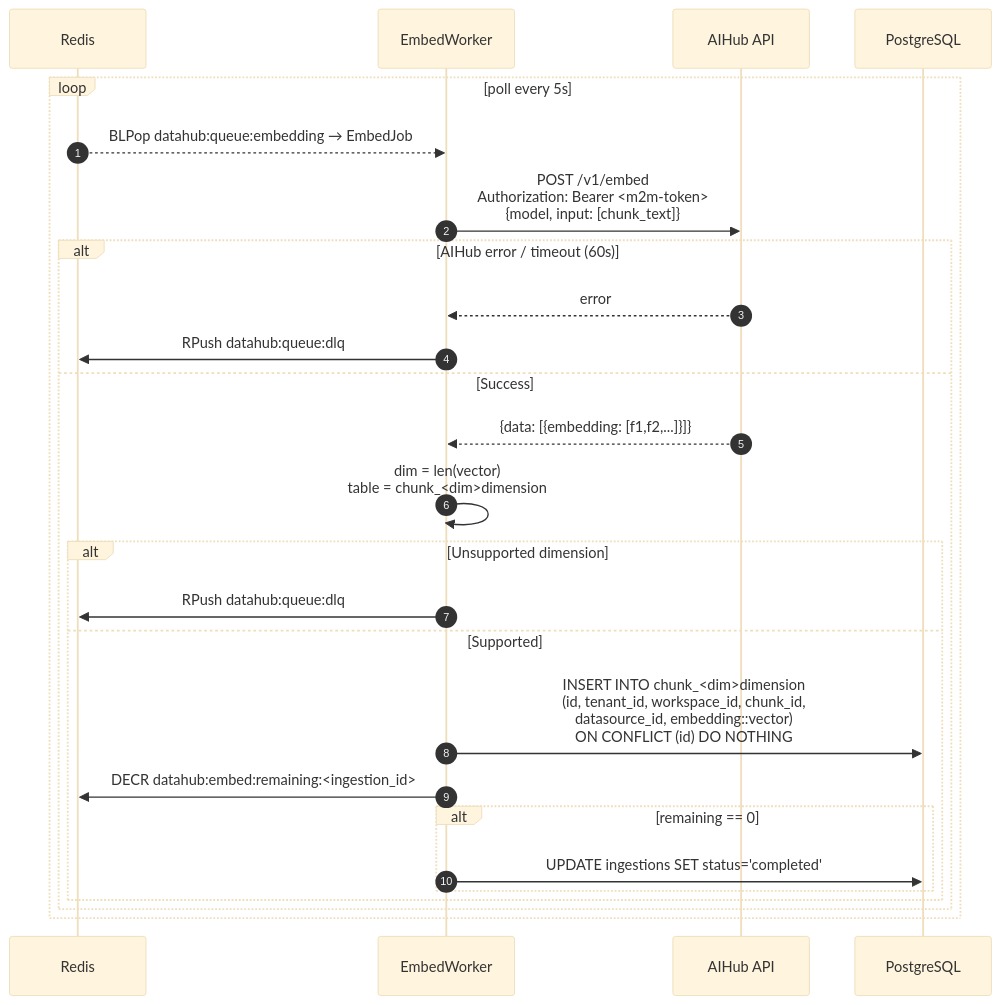
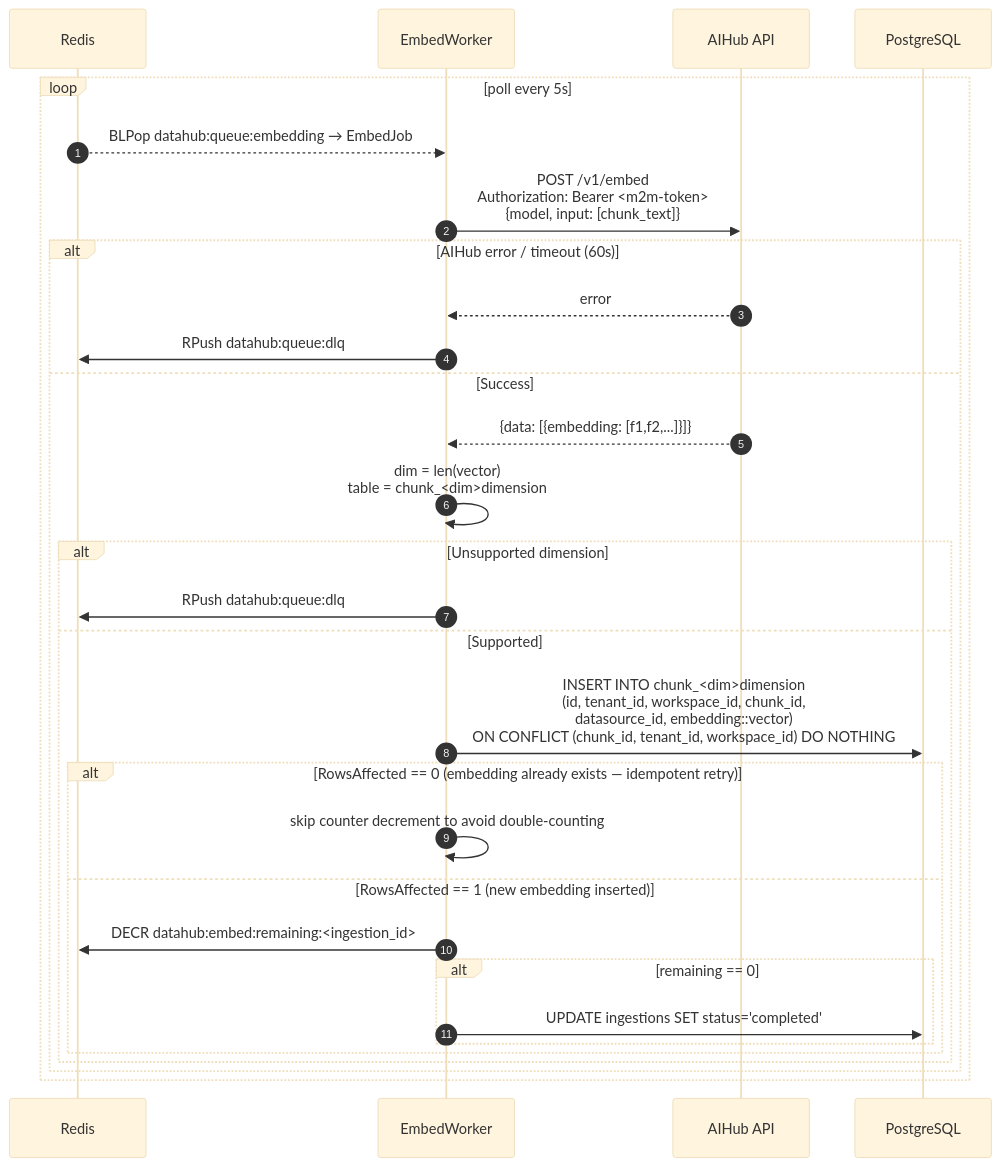
One commit to Andrew-Bu1/Agent-Platform changed the seventh of 11 diagrams in docs/architecture/datahub/sequence.md. Above: the diagram before and after it, drawn with Mermaid (base theme). The commit also changed other lines of this file and 15 other files, not shown here.

Commit message:
docs: architecture docs for all services

````diff
--- a/docs/architecture/datahub/sequence.md
+++ b/docs/architecture/datahub/sequence.md
@@ -327,29 +346,33 @@
 ```mermaid
 sequenceDiagram
     autonumber
     participant Redis as Redis
     participant EW as EmbedWorker
     participant AIHub as AIHub API
     participant DB as PostgreSQL
 
     loop poll every 5s
         Redis-->>EW: BLPop datahub:queue:embedding → EmbedJob
         EW->>AIHub: POST /v1/embed<br/>Authorization: Bearer <m2m-token><br/>{model, input: [chunk_text]}
         alt AIHub error / timeout (60s)
             AIHub-->>EW: error
             EW->>Redis: RPush datahub:queue:dlq
         else Success
             AIHub-->>EW: {data: [{embedding: [f1,f2,...]}]}
             EW->>EW: dim = len(vector)<br/>table = chunk_<dim>dimension
             alt Unsupported dimension
                 EW->>Redis: RPush datahub:queue:dlq
             else Supported
-                EW->>DB: INSERT INTO chunk_<dim>dimension<br/>(id, tenant_id, workspace_id, chunk_id,<br/>datasource_id, embedding::vector)<br/>ON CONFLICT (id) DO NOTHING
-                EW->>Redis: DECR datahub:embed:remaining:<ingestion_id>
-                alt remaining == 0
-                    EW->>DB: UPDATE ingestions SET status='completed'
+                EW->>DB: INSERT INTO chunk_<dim>dimension<br/>(id, tenant_id, workspace_id, chunk_id,<br/>datasource_id, embedding::vector)<br/>ON CONFLICT (chunk_id, tenant_id, workspace_id) DO NOTHING
+                alt RowsAffected == 0 (embedding already exists — idempotent retry)
+                    EW->>EW: skip counter decrement to avoid double-counting
+                else RowsAffected == 1 (new embedding inserted)
+                    EW->>Redis: DECR datahub:embed:remaining:<ingestion_id>
+                    alt remaining == 0
+                        EW->>DB: UPDATE ingestions SET status='completed'
+                    end
                 end
             end
         end
     end
 ```
````
